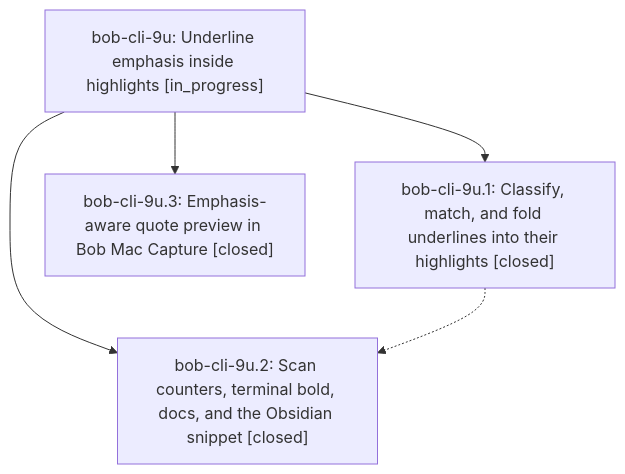
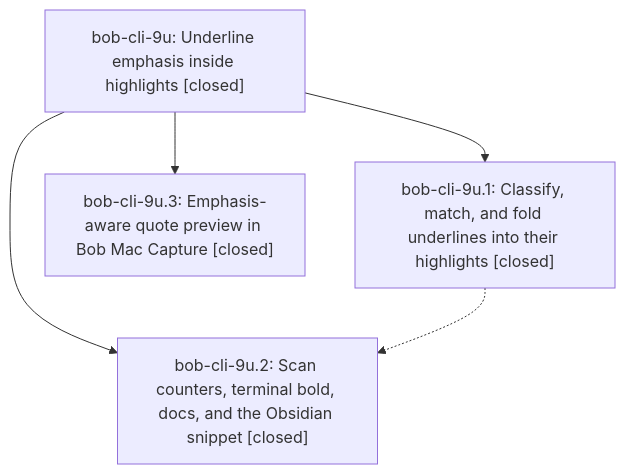
One commit to bobs-org/bob-cli--beads changed the diagram in pages/bob-cli-9u/README.md. Above: the diagram before and after it, drawn with Mermaid. The commit also changed other lines of this file and 2 other files, not shown here.

First line of the commit message:
chore(beads): sync bead state and pages for bob-cli-9u

````diff
--- a/pages/bob-cli-9u/README.md
+++ b/pages/bob-cli-9u/README.md
@@ -36,11 +52,11 @@
 ```mermaid
 flowchart TD
-    n0["bob-cli-9u: Underline emphasis inside highlights [in_progress]"]
+    n0["bob-cli-9u: Underline emphasis inside highlights [closed]"]
     n1["bob-cli-9u.1: Classify, match, and fold underlines into their highlights [closed]"]
     n2["bob-cli-9u.2: Scan counters, terminal bold, docs, and the Obsidian snippet [closed]"]
     n3["bob-cli-9u.3: Emphasis-aware quote preview in Bob Mac Capture [closed]"]
     n0 --> n1
     n0 --> n2
     n0 --> n3
     n1 -.-> n2
 ```
````
